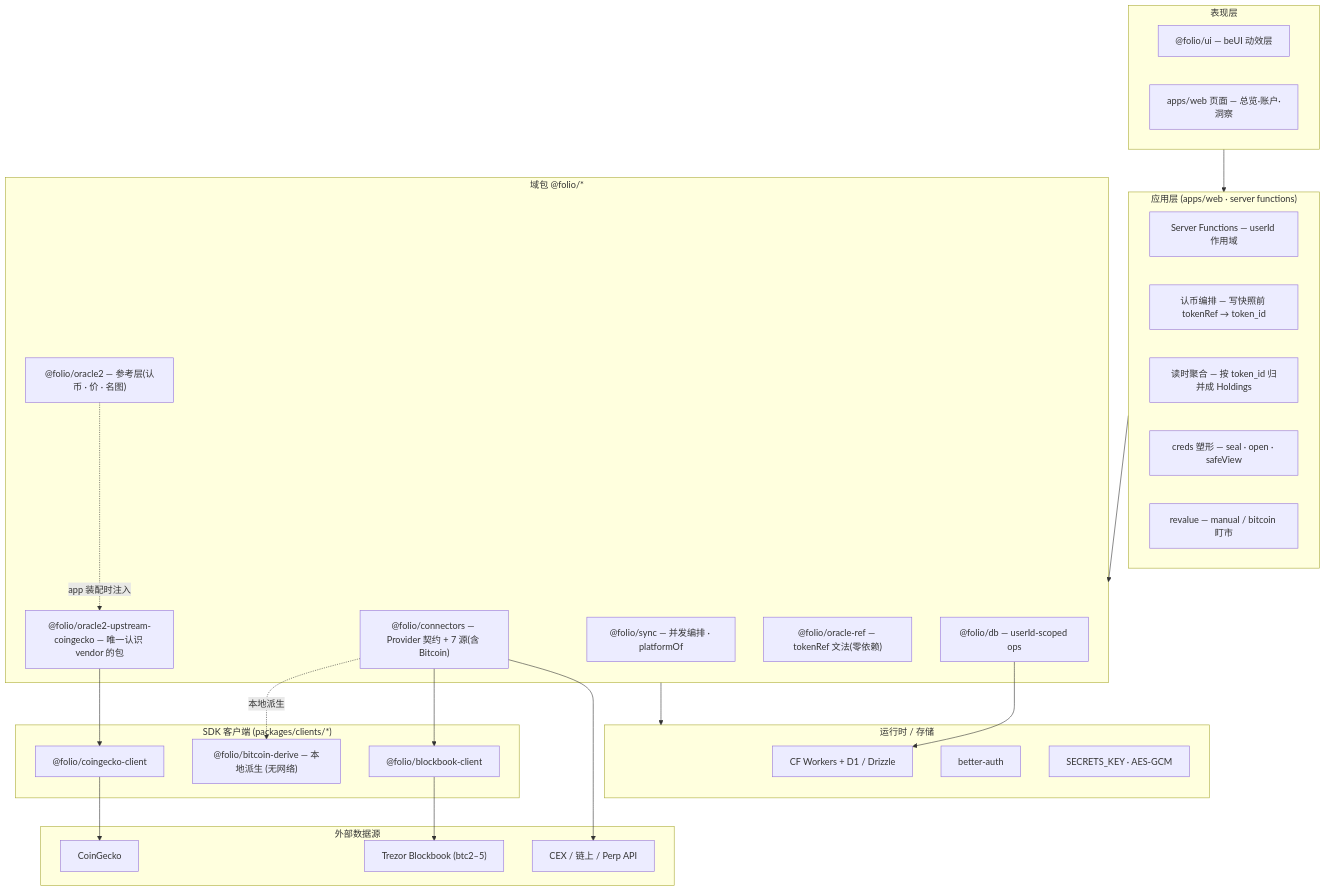
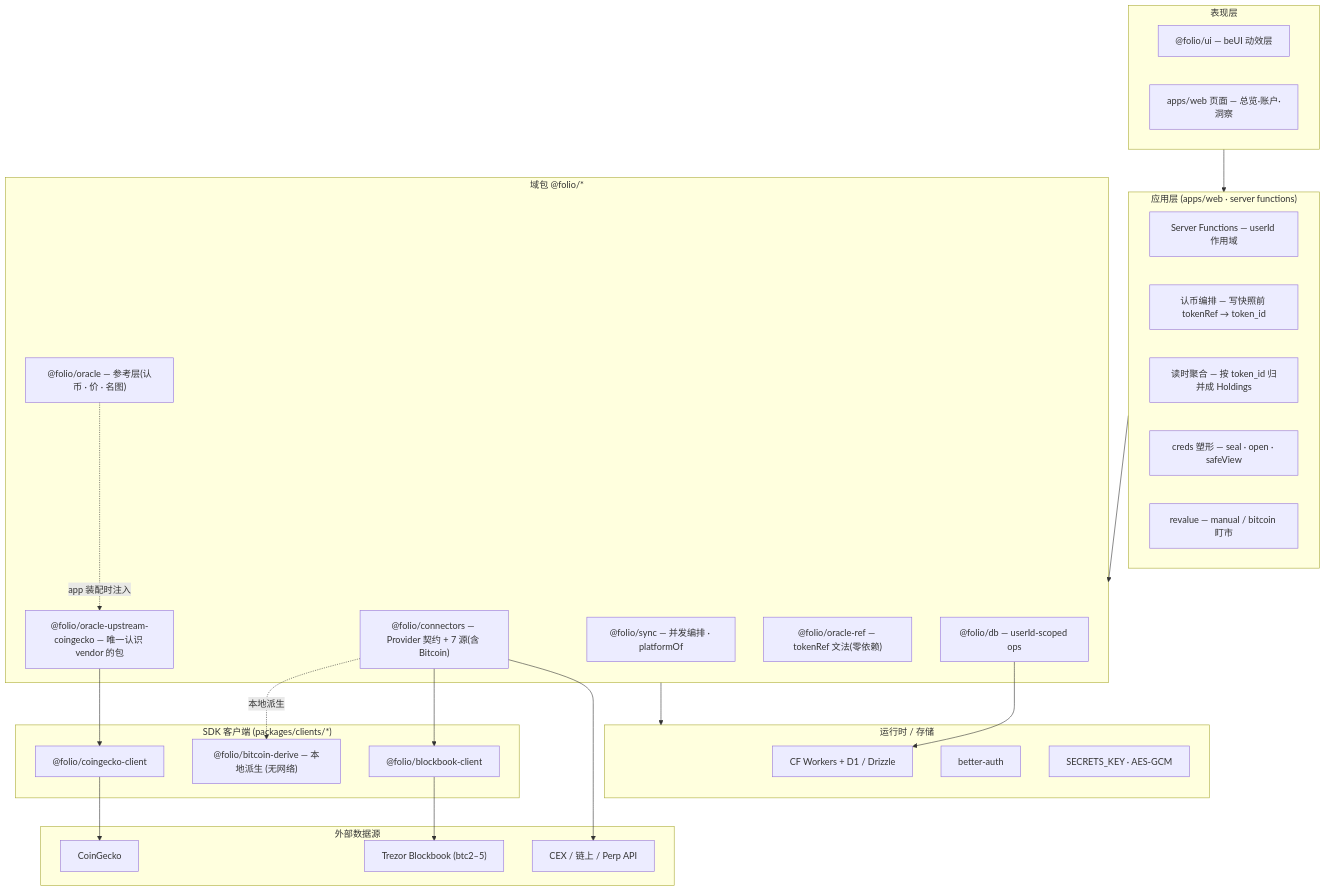
Before and after one commit to x0finch/folio2: the diagram in docs/architecture/00-overview.md, drawn with Mermaid. The commit also changed other lines of this file and 5 other files, not shown here.

````diff
--- a/docs/architecture/00-overview.md
+++ b/docs/architecture/00-overview.md
@@ -26,44 +26,44 @@
 ```mermaid
 flowchart TB
     subgraph P["表现层"]
         UI["@folio/ui — beUI 动效层"]
         PAGES["apps/web 页面 — 总览·账户·洞察"]
     end
     subgraph A["应用层 (apps/web · server functions)"]
         SF["Server Functions — userId 作用域"]
         MINT["认币编排 — 写快照前 tokenRef → token_id"]
         AGG["读时聚合 — 按 token_id 归并成 Holdings"]
         CR["creds 塑形 — seal · open · safeView"]
         RV["revalue — manual / bitcoin 盯市"]
     end
     subgraph D["域包 @folio/*"]
         SYNC["@folio/sync — 并发编排 · platformOf"]
         CONN["@folio/connectors — Provider 契约 + 7 源(含 Bitcoin)"]
-        ORA["@folio/oracle2 — 参考层(认币 · 价 · 名图)"]
-        UPS["@folio/oracle2-upstream-coingecko — 唯一认识 vendor 的包"]
+        ORA["@folio/oracle — 参考层(认币 · 价 · 名图)"]
+        UPS["@folio/oracle-upstream-coingecko — 唯一认识 vendor 的包"]
         REF["@folio/oracle-ref — tokenRef 文法(零依赖)"]
         DB["@folio/db — userId-scoped ops"]
     end
     subgraph C["SDK 客户端 (packages/clients/*)"]
         CGC["@folio/coingecko-client"]
         BBC["@folio/blockbook-client"]
         DRV["@folio/bitcoin-derive — 本地派生 (无网络)"]
     end
     subgraph R["运行时 / 存储"]
         CF["CF Workers + D1 / Drizzle"]
         AUTH["better-auth"]
         SEC["SECRETS_KEY · AES-GCM"]
     end
     subgraph X["外部数据源"]
         CEX["CEX / 链上 / Perp API"]
         BB["Trezor Blockbook (btc2–5)"]
         CGK["CoinGecko"]
     end
     P --> A --> D --> R
     CONN --> CEX
     CONN --> BBC --> BB
     CONN -.本地派生.-> DRV
     ORA -.app 装配时注入.-> UPS
     UPS --> CGC --> CGK
     DB --> CF
 ```
````
